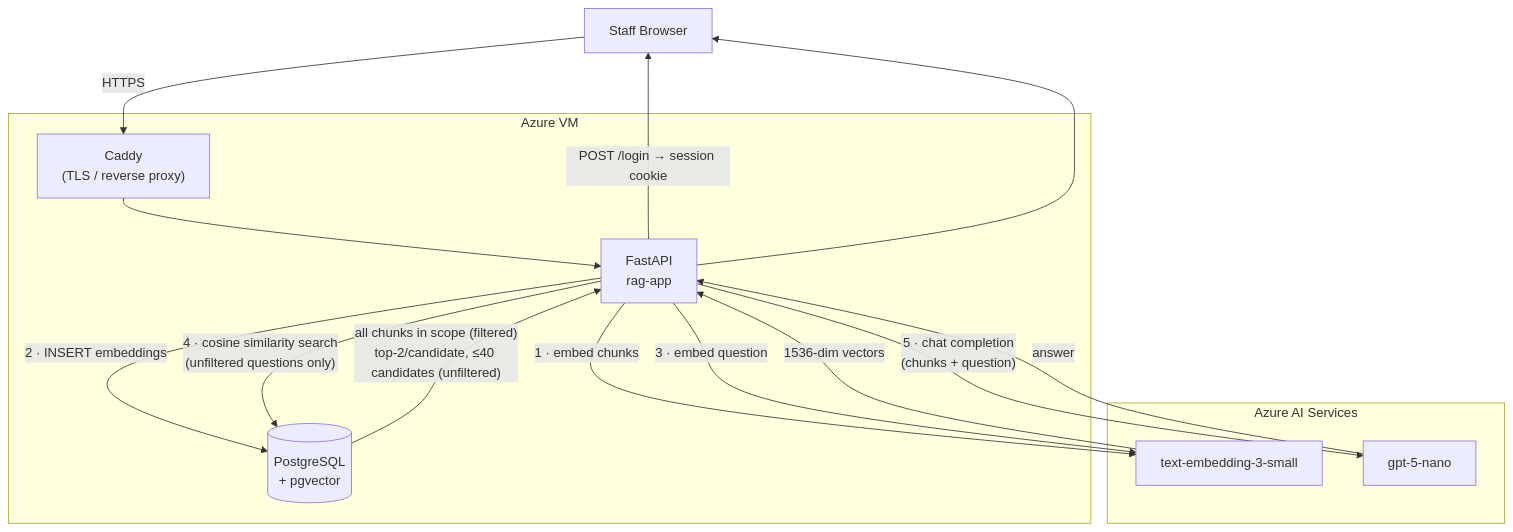
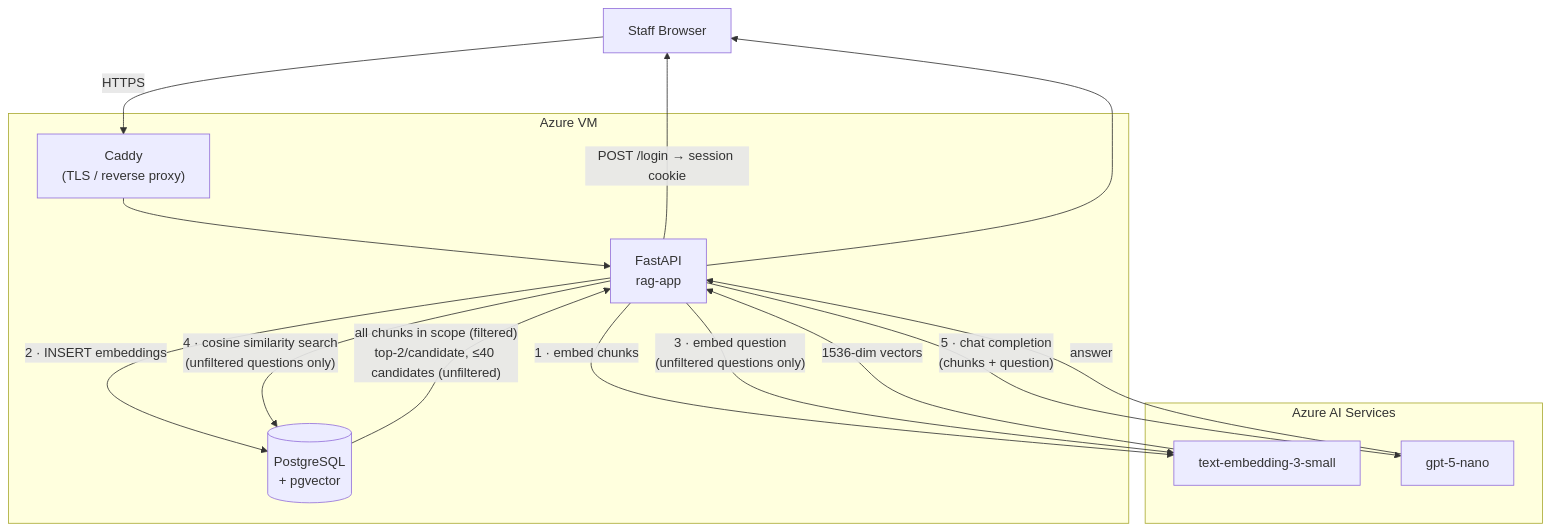
Before and after one commit to ryanhillman/resume-rag: the diagram in README.md, drawn with Mermaid. The commit also changed other lines of this file, not shown here.

````diff
--- a/README.md
+++ b/README.md
@@ -22,29 +22,29 @@
 ```mermaid
 flowchart TD
     Browser["Staff Browser"]
 
     subgraph VM["Azure VM"]
         Caddy["Caddy\n(TLS / reverse proxy)"]
         App["FastAPI\nrag-app"]
         PG[("PostgreSQL\n+ pgvector")]
     end
 
     subgraph Azure["Azure AI Services"]
         Embed["text-embedding-3-small"]
         LLM["gpt-5-nano"]
     end
 
     Browser -- "HTTPS" --> Caddy --> App
 
     App -- "POST /login → session cookie" --> Browser
 
     App -- "1 · embed chunks" --> Embed
     Embed -- "1536-dim vectors" --> App
     App -- "2 · INSERT embeddings" --> PG
 
-    App -- "3 · embed question" --> Embed
+    App -- "3 · embed question\n(unfiltered questions only)" --> Embed
     App -- "4 · cosine similarity search\n(unfiltered questions only)" --> PG
     PG -- "all chunks in scope (filtered)\ntop-2/candidate, ≤40 candidates (unfiltered)" --> App
     App -- "5 · chat completion\n(chunks + question)" --> LLM
     LLM -- "answer" --> App --> Browser
 ```
````
